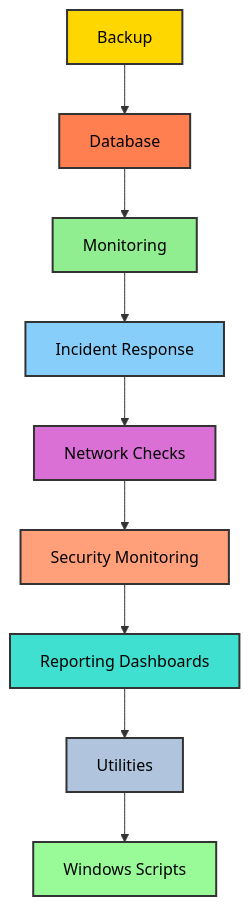
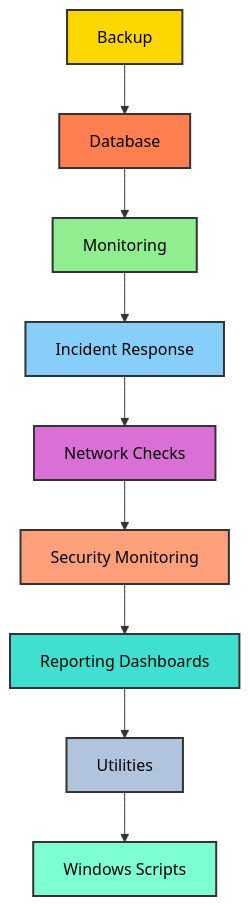
Before and after one commit to mdolawale1-cmyk/Log-Rotation-Bash-: the first of 2 diagrams in README.md, drawn with Mermaid.

````diff
--- a/README.md
+++ b/README.md
@@ -146,22 +146,22 @@
 ```mermaid
 flowchart TD
     A[Backup] --> B[Database]
     B --> C[Monitoring]
     C --> D[Incident Response]
     D --> E[Network Checks]
     E --> F[Security Monitoring]
     F --> G[Reporting Dashboards]
     G --> H[Utilities]
     H --> I[Windows Scripts]
 
     style A fill:#FFD700,stroke:#333,stroke-width:2px,color:#000
     style B fill:#FF7F50,stroke:#333,stroke-width:2px,color:#000
     style C fill:#90EE90,stroke:#333,stroke-width:2px,color:#000
     style D fill:#87CEFA,stroke:#333,stroke-width:2px,color:#000
     style E fill:#DA70D6,stroke:#333,stroke-width:2px,color:#000
     style F fill:#FFA07A,stroke:#333,stroke-width:2px,color:#000
     style G fill:#40E0D0,stroke:#333,stroke-width:2px,color:#000
     style H fill:#B0C4DE,stroke:#333,stroke-width:2px,color:#000
-    style I fill:#98FB98,stroke:#333,stroke-width:2px,color:#000
+    style I fill:#7FFFD4,stroke:#333,stroke-width:2px,color:#000
 
 ```
````
